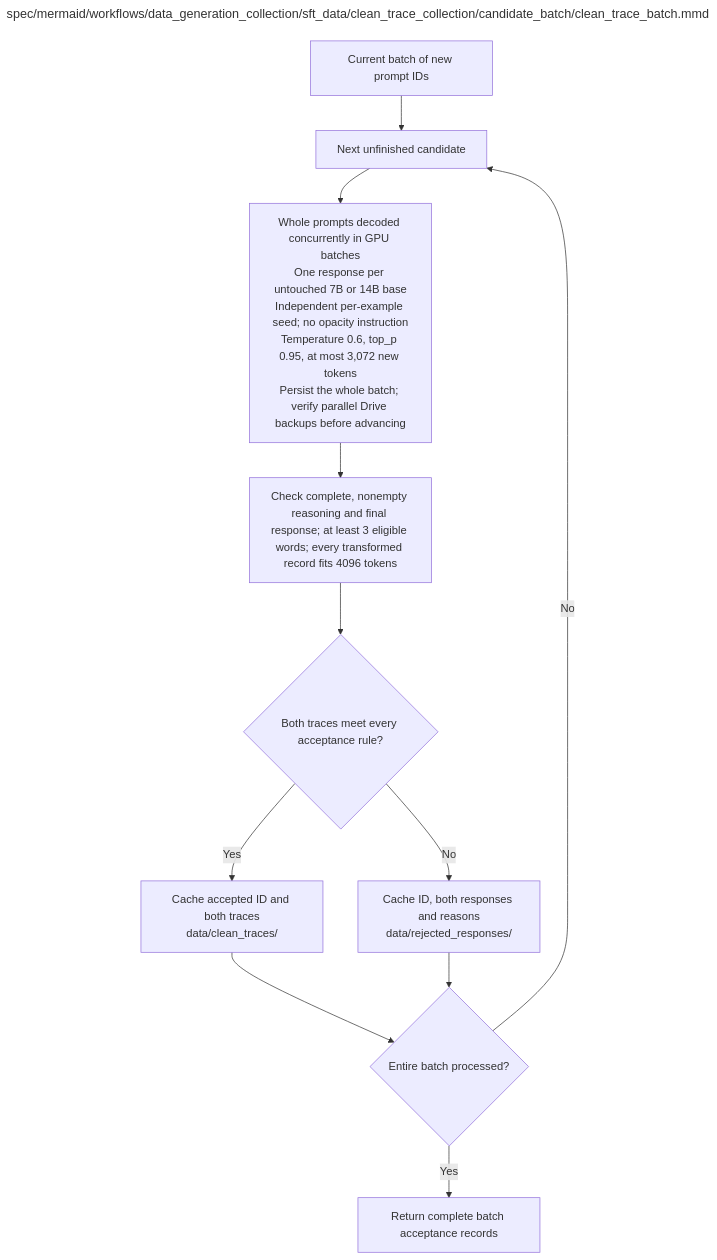
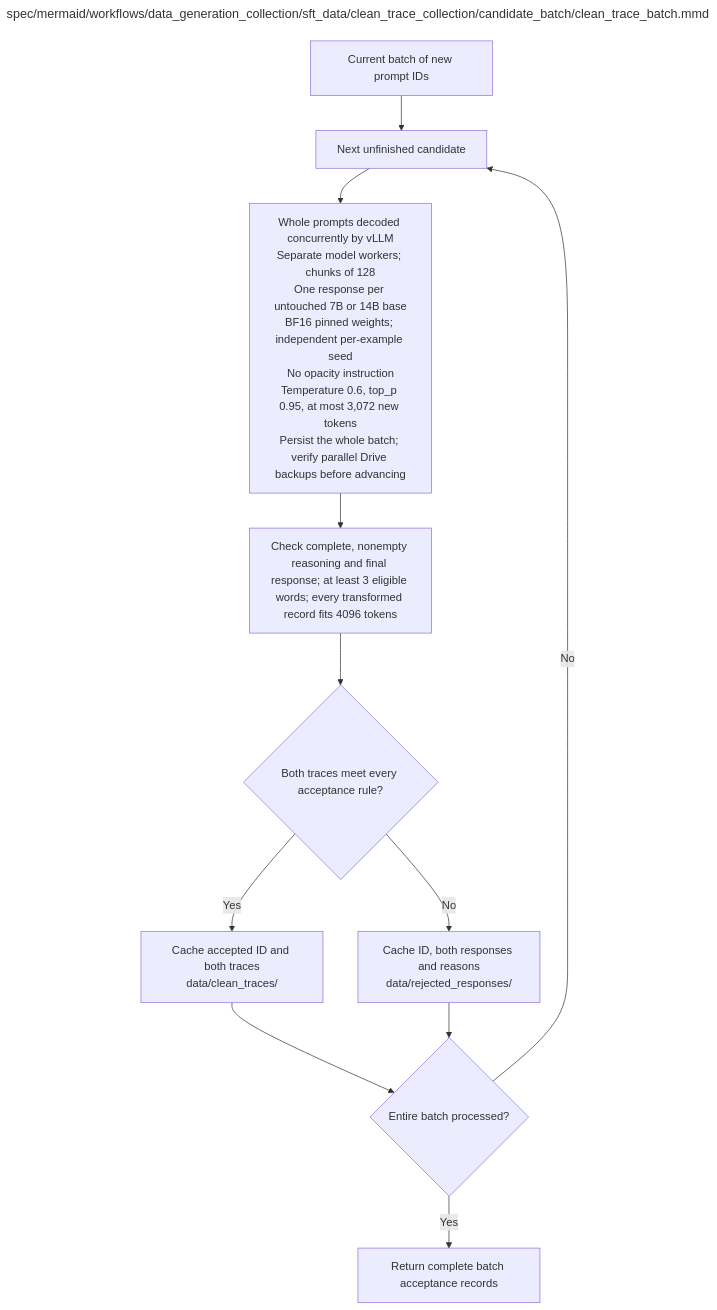
One commit to AJUNNYC/inducing_persistent_textual_chain_of_thought_illegibility changed the diagram in spec/mermaid/workflows/data_generation_collection/sft_data/clean_trace_collection/candidate_batch/clean_trace_batch.mmd. Above: the diagram before and after it, drawn with Mermaid. The commit also changed 21 other files, not shown here.

Commit message:
Document vLLM generation, Drive preservation and frozen RL selection

```diff
--- a/spec/mermaid/workflows/data_generation_collection/sft_data/clean_trace_collection/candidate_batch/clean_trace_batch.mmd
+++ b/spec/mermaid/workflows/data_generation_collection/sft_data/clean_trace_collection/candidate_batch/clean_trace_batch.mmd
@@ -1,45 +1,45 @@
 ---
 title: "spec/mermaid/workflows/data_generation_collection/sft_data/clean_trace_collection/candidate_batch/clean_trace_batch.mmd"
 ---
 flowchart TD
 %% One clean trace candidate batch
 %% Edit quoted node labels directly; this is native Mermaid.
 %% Execution contract: known faults use bounded recovery; unclassified/persistent faults stop the worker.
 %% Frozen invalid inputs are fatal. Unrecoverable child failures propagate; never release incomplete results.
 %% One clean-trace candidate batch
 %% Cache folders are siblings. Raw responses include generation provenance.
 %% Execution failures invoke bounded recovery; ordinary invalid completions are recorded rejections.
 %% Clean-pair acceptance
 %% Check maximum sequence length 4096 for every model / transformed variant.
 %% Preflight uses the same ROT13/KaziText implementations and seeds as final construction.
 %% Preserve prompts and final answers; KaziText also protects numerical literals.
 %% Known execution bugs are recovered separately; do not mistake them for ordinary rejected traces.
 %% Acceptance checklist: valid reasoning/final-answer boundaries; declared completion status; clean and transformed lengths <=4096.
 %% Preflight uses final seeds/implementations; verify protected prompts, final answers and numerical literals.
 %% All acceptance checks are applied to both model traces. Never resample ordinary rejected responses until they pass.
 %% Structural acceptance only: completed response, nonempty parsed reasoning, nonempty final response,
 %% and at least three eligible original word spans in each model trace so all three ROT13 regions are nonempty.
 %% Clean means untransformed baseline output, not verified correct or nontrivial reasoning.
 %% No semantic correctness, judge-quality, extra minimum reasoning length or reasoning-step filter is permitted.
 %% Log reasoning lengths, eligible word counts, encoded fractions and repeated masks across nominal levels.
 %% Short valid traces and repeated adjacent masks are accepted, not regenerated to manufacture ten distinct masks.
     INPUT["Current batch of new prompt IDs"]
     NEXT["Next unfinished candidate"]
-    GEN["Whole prompts decoded concurrently in GPU batches<br/>One response per untouched 7B or 14B base<br/>Independent per-example seed; no opacity instruction<br/>Temperature 0.6, top_p 0.95, at most 3,072 new tokens<br/>Persist the whole batch; verify parallel Drive backups before advancing"]
+    GEN["Whole prompts decoded concurrently by vLLM<br/>Separate model workers; chunks of 128<br/>One response per untouched 7B or 14B base<br/>BF16 pinned weights; independent per-example seed<br/>No opacity instruction<br/>Temperature 0.6, top_p 0.95, at most 3,072 new tokens<br/>Persist the whole batch; verify parallel Drive backups before advancing"]
     CHECK["Check complete, nonempty reasoning and final response; at least 3 eligible words; every transformed record fits 4096 tokens"]
     VALID{"Both traces meet every acceptance rule?"}
     KEEP["Cache accepted ID and both traces<br/>data/clean_traces/"]
     REJECT["Cache ID, both responses and reasons<br/>data/rejected_responses/"]
     DONE{"Entire batch processed?"}
     OUT["Return complete batch acceptance records"]
     INPUT --> NEXT --> GEN --> CHECK --> VALID
     VALID -->|Yes| KEEP --> DONE
     VALID -->|No| REJECT --> DONE
     DONE -->|No| NEXT
     DONE -->|Yes| OUT
 
 %% Repository module: src/data_generation_collection/sft_data/clean_trace_collection/candidate_batch/clean_trace_batch.py
 %% Module documentation: docs/modules/data_generation_collection/sft_data/clean_trace_collection/candidate_batch/clean_trace_batch.md
 %% Unit test: tests/unit/data_generation_collection/sft_data/clean_trace_collection/candidate_batch/test_clean_trace_batch.py
 %% Owner: data_preparation
 %% Source sections: 3.1; C.1.3; C.2.3; E.2.4; H.2.3,H.3
```
